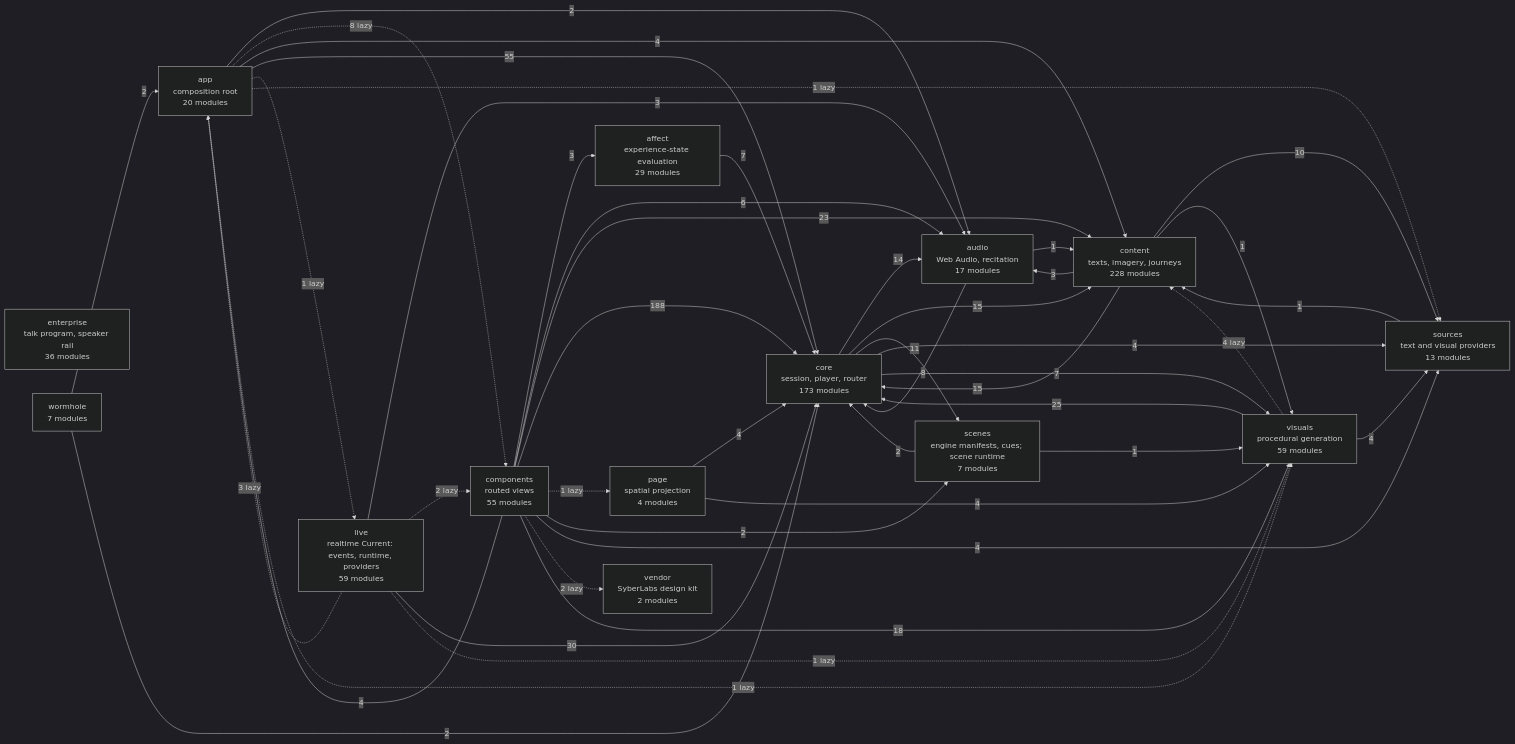
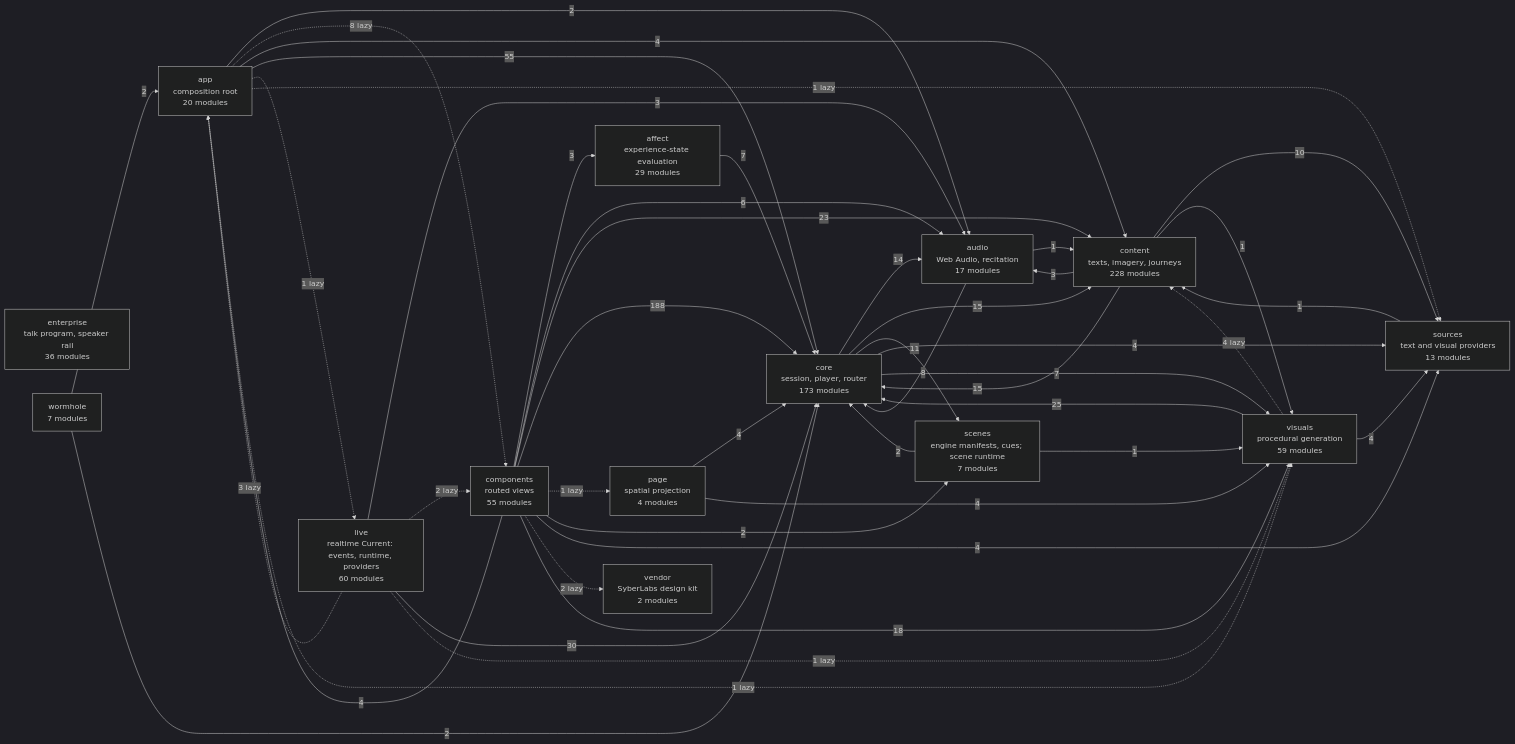
One commit to SyberLabs/RISE changed the diagram in docs/specs/ARCHITECTURE.md. Above: the diagram before and after it, drawn with Mermaid (dark theme). The commit also changed 35 other files, not shown here.

````diff
--- a/docs/specs/ARCHITECTURE.md
+++ b/docs/specs/ARCHITECTURE.md
@@ -161,62 +161,62 @@
 ```mermaid
 flowchart LR
     affect["affect<br/>experience-state evaluation<br/>29 modules"]
     app["app<br/>composition root<br/>20 modules"]
     audio["audio<br/>Web Audio, recitation<br/>17 modules"]
     components["components<br/>routed views<br/>55 modules"]
     content["content<br/>texts, imagery, journeys<br/>228 modules"]
     core["core<br/>session, player, router<br/>173 modules"]
     enterprise["enterprise<br/>talk program, speaker rail<br/>36 modules"]
-    live["live<br/>realtime Current: events, runtime, providers<br/>59 modules"]
+    live["live<br/>realtime Current: events, runtime, providers<br/>60 modules"]
     page["page<br/>spatial projection<br/>4 modules"]
     scenes["scenes<br/>engine manifests, cues; scene runtime<br/>7 modules"]
     sources["sources<br/>text and visual providers<br/>13 modules"]
     vendor["vendor<br/>SyberLabs design kit<br/>2 modules"]
     visuals["visuals<br/>procedural generation<br/>59 modules"]
     wormhole["wormhole<br/>7 modules"]
 
     affect --> |7| core
     app --> |2| audio
     app -.-> |8 lazy| components
     app --> |4| content
     app --> |55| core
     app -.-> |1 lazy| live
     app -.-> |1 lazy| sources
     app -.-> |1 lazy| visuals
     audio --> |1| content
     audio --> |8| core
     components --> |3| affect
     components --> |4| app
     components --> |6| audio
     components --> |23| content
     components --> |188| core
     components -.-> |1 lazy| page
     components --> |2| scenes
     components --> |4| sources
     components -.-> |2 lazy| vendor
     components --> |18| visuals
     content --> |3| audio
     content --> |15| core
     content --> |10| sources
     content --> |1| visuals
     core --> |14| audio
     core --> |15| content
     core --> |11| scenes
     core --> |4| sources
     core --> |7| visuals
     live -.-> |3 lazy| app
     live --> |3| audio
     live -.-> |2 lazy| components
     live --> |30| core
     live -.-> |1 lazy| visuals
     page --> |4| core
     page --> |4| visuals
     scenes --> |2| core
     scenes --> |1| visuals
     sources --> |1| content
     visuals -.-> |4 lazy| content
     visuals --> |25| core
     visuals --> |4| sources
     wormhole --> |2| app
     wormhole --> |2| core
 ```
````
